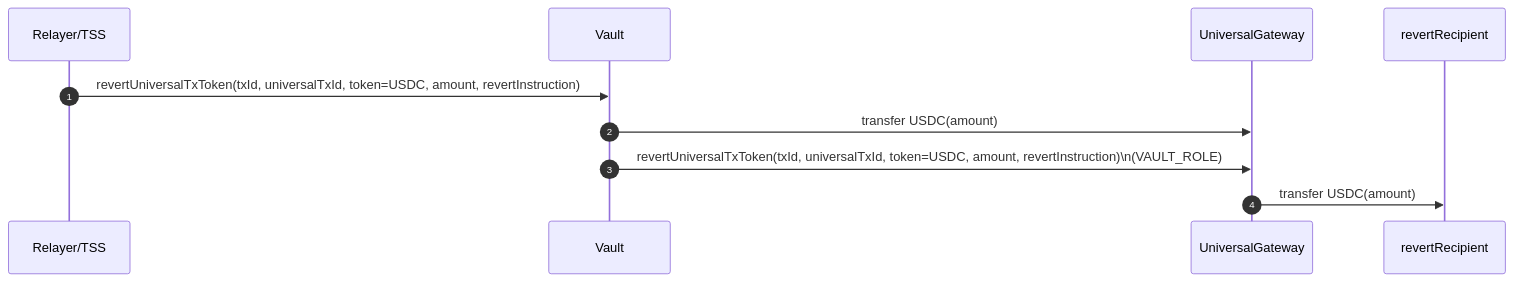
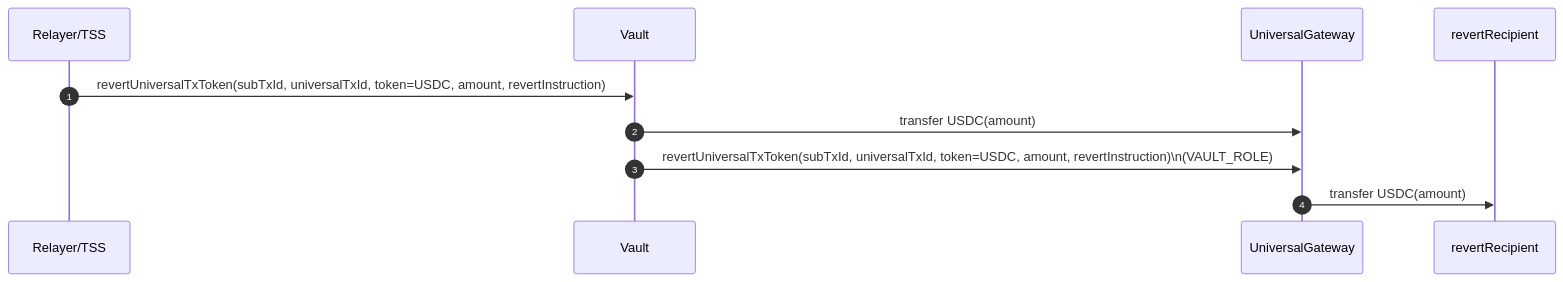
Before and after one commit to pushchain/push-chain-gateway-contracts: the fifth of 6 diagrams in contracts/evm-gateway/docs/4_OutboundTx_Flows.md, drawn with Mermaid. The commit also changed other lines of this file and 19 other files, not shown here.

````diff
--- a/contracts/evm-gateway/docs/4_OutboundTx_Flows.md
+++ b/contracts/evm-gateway/docs/4_OutboundTx_Flows.md
@@ -182,13 +182,13 @@
 ```mermaid
 sequenceDiagram
     autonumber
     participant TSS as Relayer/TSS
     participant V as Vault
     participant G as UniversalGateway
     participant R as revertRecipient
 
-    TSS->>V: revertUniversalTxToken(txId, universalTxId, token=USDC, amount, revertInstruction)
+    TSS->>V: revertUniversalTxToken(subTxId, universalTxId, token=USDC, amount, revertInstruction)
     V->>G: transfer USDC(amount)
-    V->>G: revertUniversalTxToken(txId, universalTxId, token=USDC, amount, revertInstruction)\n(VAULT_ROLE)
+    V->>G: revertUniversalTxToken(subTxId, universalTxId, token=USDC, amount, revertInstruction)\n(VAULT_ROLE)
     G->>R: transfer USDC(amount)
 ```
````
